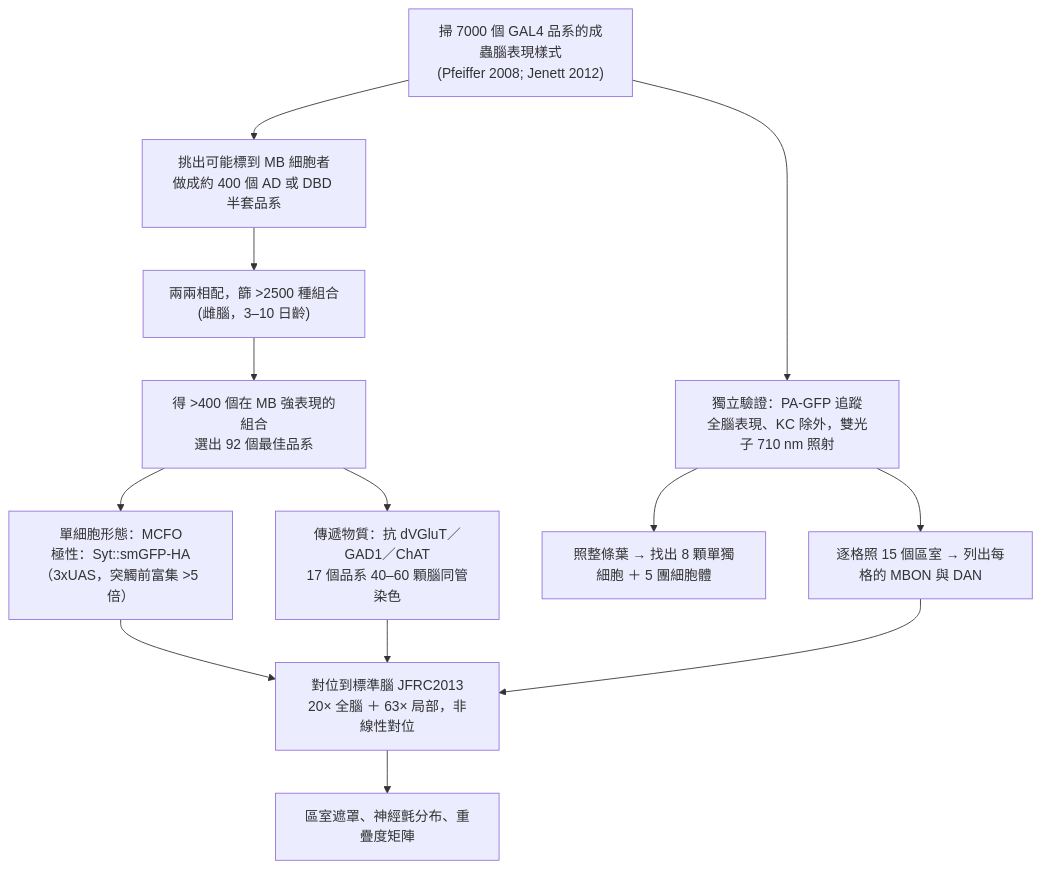
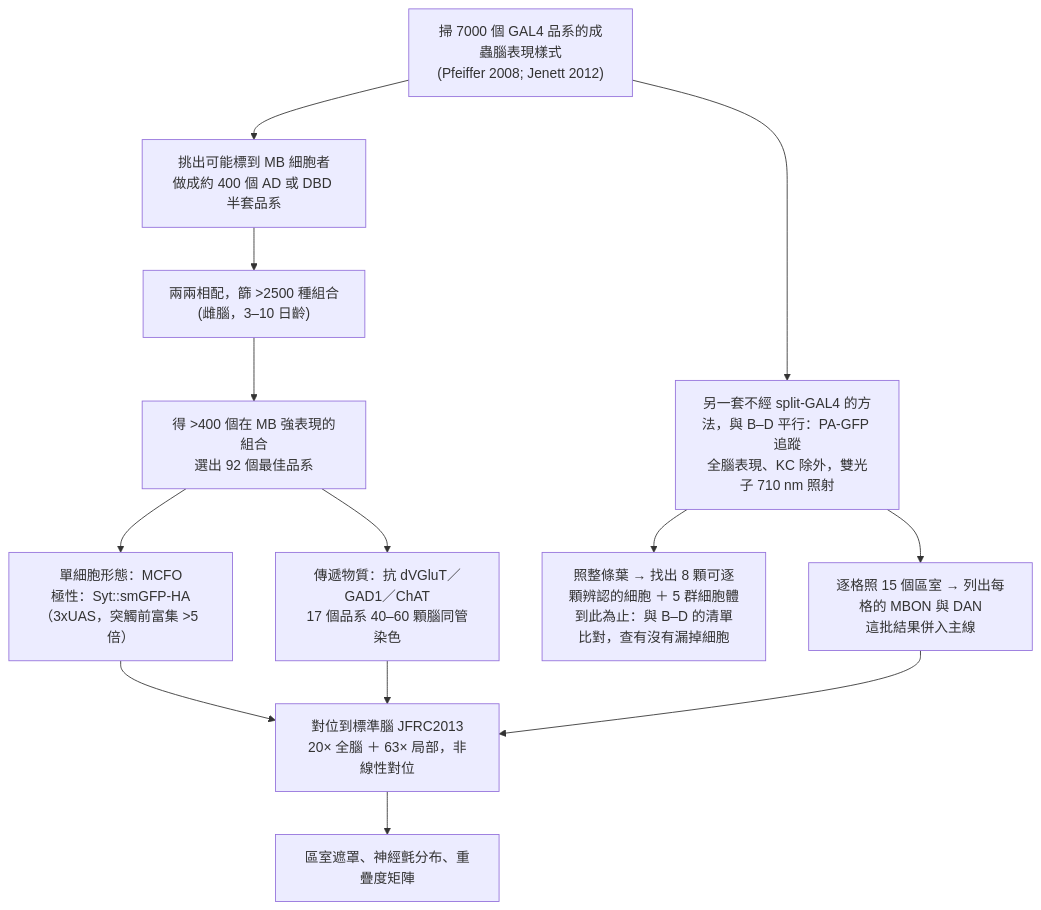
The diagram in wiki/sources/s-aso-2014-mb-architecture.md (marginli/mb_wiki), drawn with Mermaid before and after one commit. The commit also changed other lines of this file and 5 other files, not shown here.

````diff
--- a/wiki/sources/s-aso-2014-mb-architecture.md
+++ b/wiki/sources/s-aso-2014-mb-architecture.md
@@ -114,15 +150,15 @@
 ```mermaid
 flowchart TD
     A["掃 7000 個 GAL4 品系的成蟲腦表現樣式<br/>(Pfeiffer 2008; Jenett 2012)"] --> B["挑出可能標到 MB 細胞者<br/>做成約 400 個 AD 或 DBD 半套品系"]
     B --> C["兩兩相配，篩 >2500 種組合<br/>(雌腦，3–10 日齡)"]
     C --> D["得 >400 個在 MB 強表現的組合<br/>選出 92 個最佳品系"]
     D --> E["單細胞形態：MCFO<br/>極性：Syt::smGFP-HA（3xUAS，突觸前富集 >5 倍）"]
     D --> F["傳遞物質：抗 dVGluT／GAD1／ChAT<br/>17 個品系 40–60 顆腦同管染色"]
-    A --> G["獨立驗證：PA-GFP 追蹤<br/>全腦表現、KC 除外，雙光子 710 nm 照射"]
-    G --> H["照整條葉 → 找出 8 顆單獨細胞 ＋ 5 團細胞體"]
-    G --> I["逐格照 15 個區室 → 列出每格的 MBON 與 DAN"]
+    A --> G["另一套不經 split-GAL4 的方法，與 B–D 平行：PA-GFP 追蹤<br/>全腦表現、KC 除外，雙光子 710 nm 照射"]
+    G --> H["照整條葉 → 找出 8 顆可逐顆辨認的細胞 ＋ 5 群細胞體<br/>到此為止：與 B–D 的清單比對，查有沒有漏掉細胞"]
+    G --> I["逐格照 15 個區室 → 列出每格的 MBON 與 DAN<br/>這批結果併入主線"]
     E --> J["對位到標準腦 JFRC2013<br/>20× 全腦 ＋ 63× 局部，非線性對位"]
     F --> J
     I --> J
     J --> K["區室遮罩、神經氈分布、重疊度矩陣"]
 ```
````
